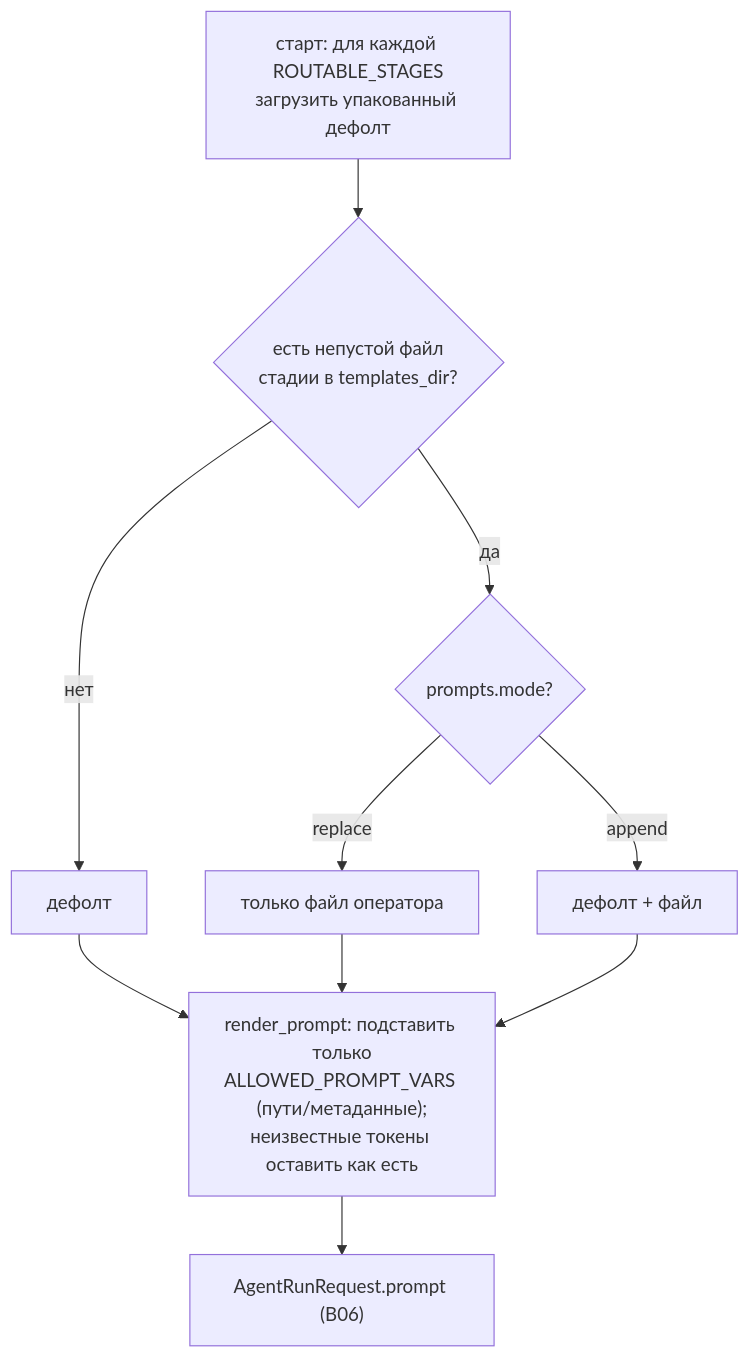
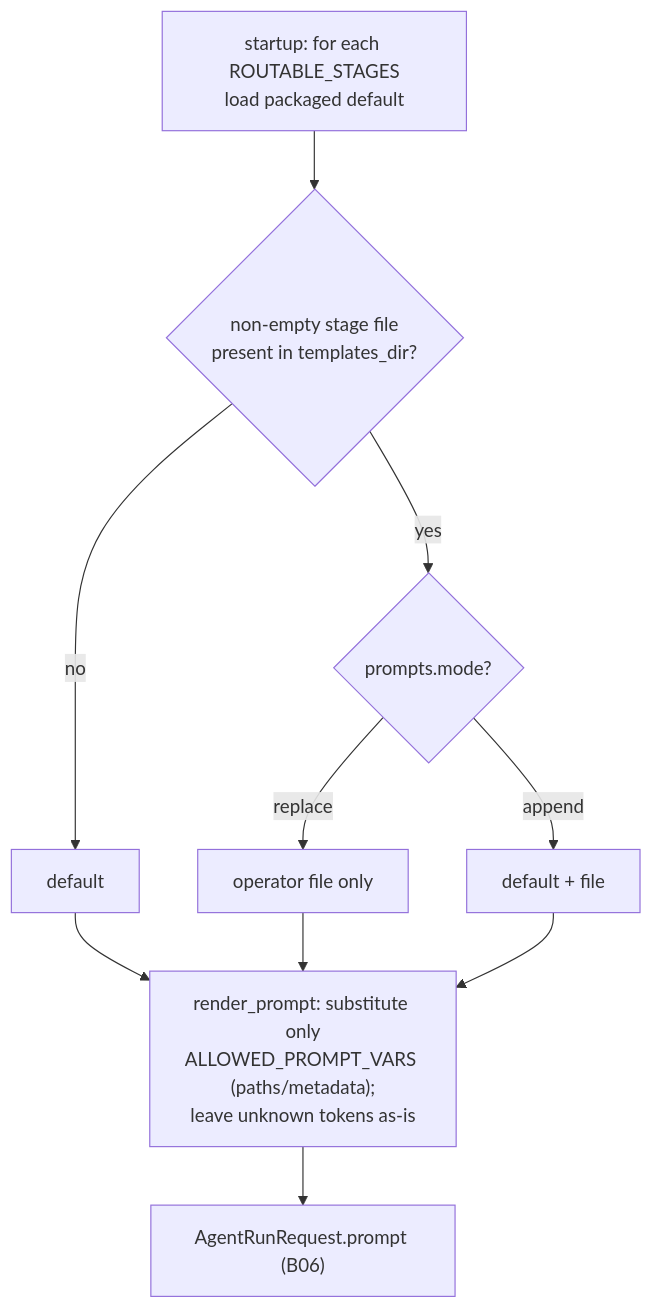
One commit to VladimirMakarevich/wastech-orchestrator changed the diagram in docs/functional/blocks/B15-prompt-templates.md. Above: the diagram before and after it, drawn with Mermaid. The commit also changed other lines of this file and 41 other files, not shown here.

Commit message:
docs: translate system flows documentation from Russian to English, ensuring clarity and consistency in terminology. Update sequence diagrams and flowcharts to reflect the changes in language. Maintain the structure and references to blocks for ease of navigation.

````diff
--- a/docs/functional/blocks/B15-prompt-templates.md
+++ b/docs/functional/blocks/B15-prompt-templates.md
@@ -44,12 +44,12 @@
 ```mermaid
 flowchart TB
-    start["старт: для каждой ROUTABLE_STAGES<br/>загрузить упакованный дефолт"] --> ovr{"есть непустой файл<br/>стадии в templates_dir?"}
-    ovr -->|нет| def["дефолт"]
-    ovr -->|да| mode{"prompts.mode?"}
-    mode -->|replace| only["только файл оператора"]
-    mode -->|append| both["дефолт + файл"]
+    start["startup: for each ROUTABLE_STAGES<br/>load packaged default"] --> ovr{"non-empty stage file<br/>present in templates_dir?"}
+    ovr -->|no| def["default"]
+    ovr -->|yes| mode{"prompts.mode?"}
+    mode -->|replace| only["operator file only"]
+    mode -->|append| both["default + file"]
     def --> render
     only --> render
-    both --> render["render_prompt: подставить только<br/>ALLOWED_PROMPT_VARS (пути/метаданные);<br/>неизвестные токены оставить как есть"]
+    both --> render["render_prompt: substitute only<br/>ALLOWED_PROMPT_VARS (paths/metadata);<br/>leave unknown tokens as-is"]
     render --> out["AgentRunRequest.prompt (B06)"]
 ```
````
